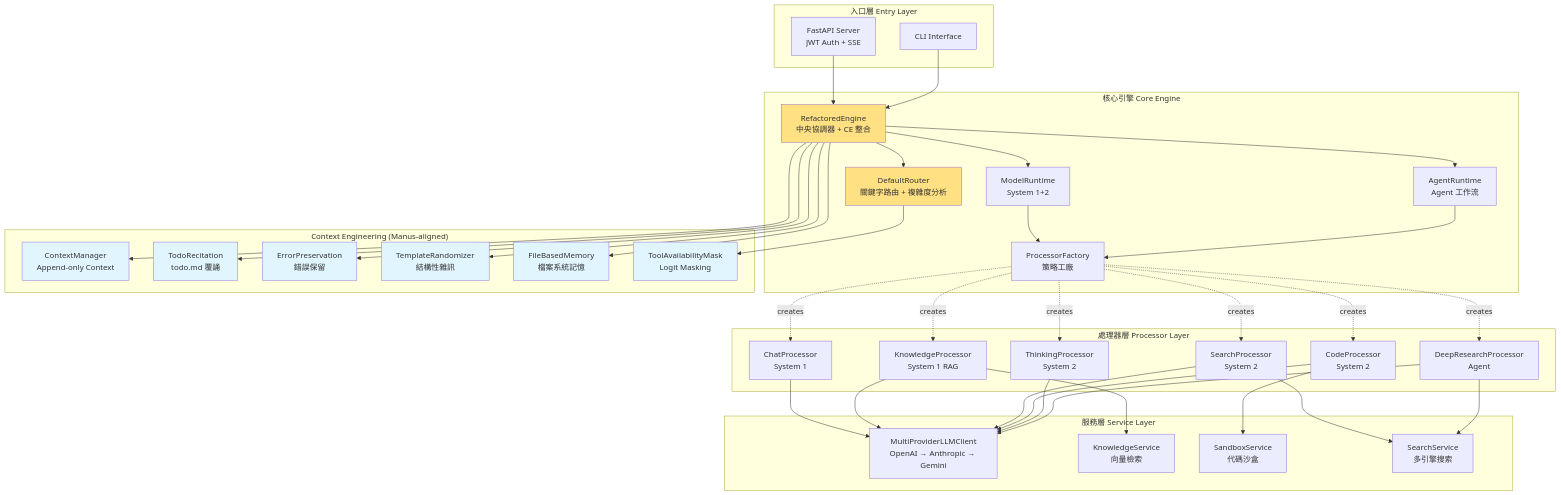
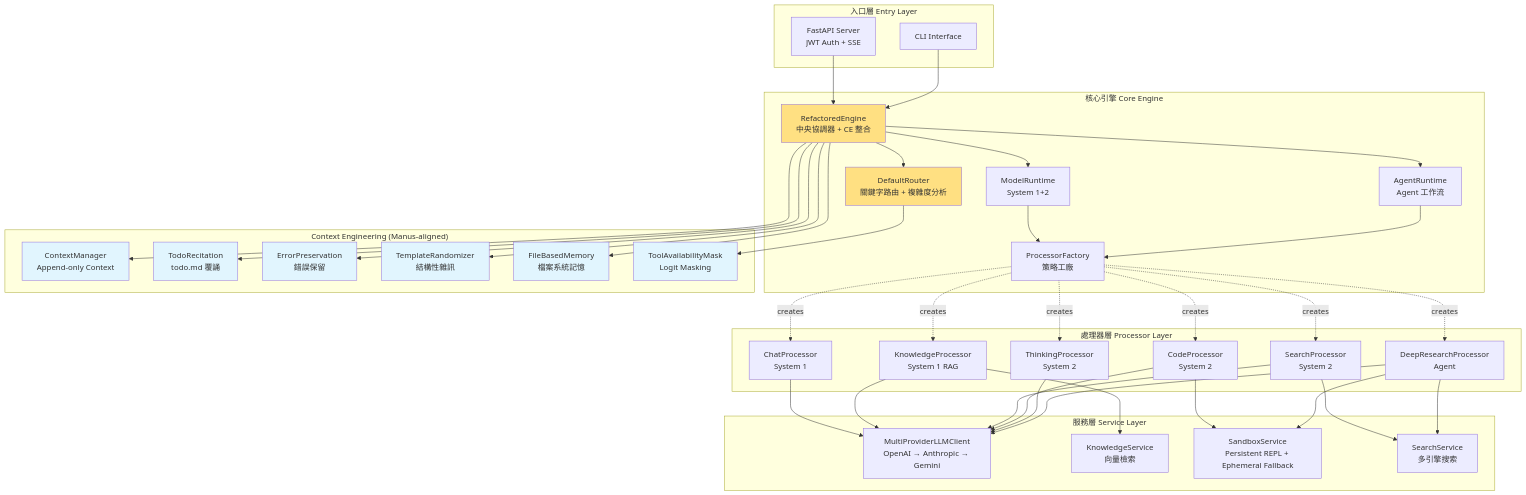
One commit to Zenobia000/openagent_backend changed the first of 2 diagrams in Architecture_Refactoring_Toolkit/project_docs/unified_python_architecture.md. Above: the diagram before and after it, drawn with Mermaid. The commit also changed other lines of this file and 6 other files, not shown here.

First line of the commit message:
docs(architecture): update project docs + add report quality audit

```diff
--- a/Architecture_Refactoring_Toolkit/project_docs/unified_python_architecture.md
+++ b/Architecture_Refactoring_Toolkit/project_docs/unified_python_architecture.md
@@ -73,7 +74,7 @@
     subgraph "服務層 Service Layer"
         LLM[MultiProviderLLMClient<br/>OpenAI → Anthropic → Gemini]
         KB[KnowledgeService<br/>向量檢索]
-        SB[SandboxService<br/>代碼沙盒]
+        SB[SandboxService<br/>Persistent REPL + Ephemeral Fallback]
         Search[SearchService<br/>多引擎搜索]
     end
 
@@ -109,6 +110,7 @@
     P5 --> LLM
     P6 --> Search
     P6 --> LLM
+    P6 --> SB
 
     style Engine fill:#FFE082
     style Router fill:#FFE082
```
